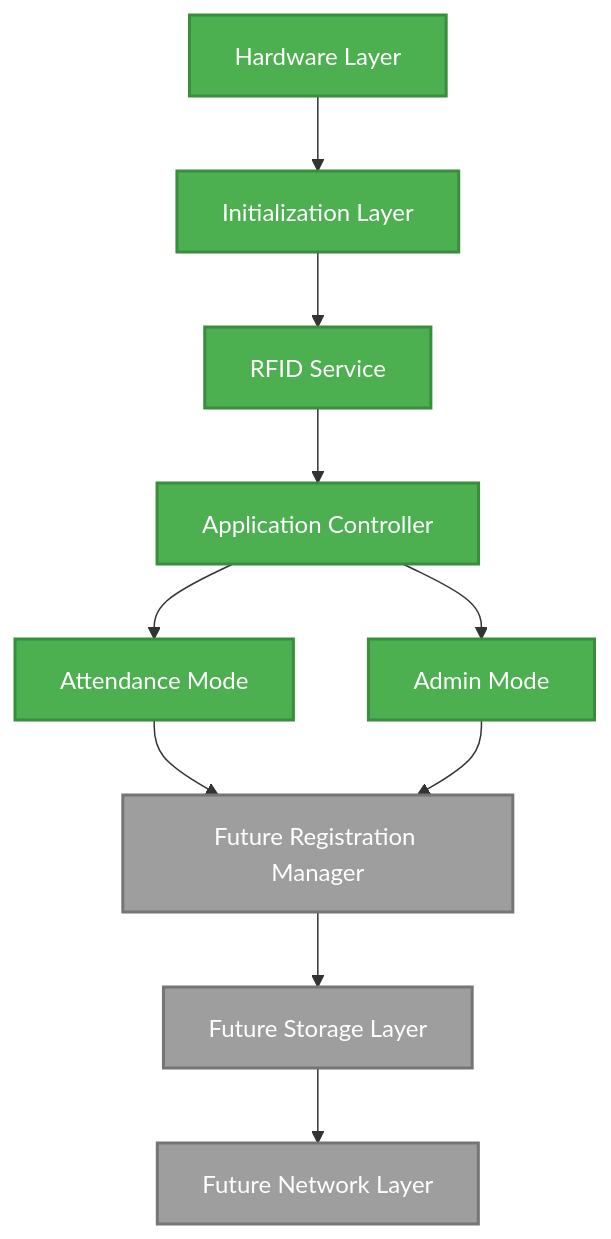
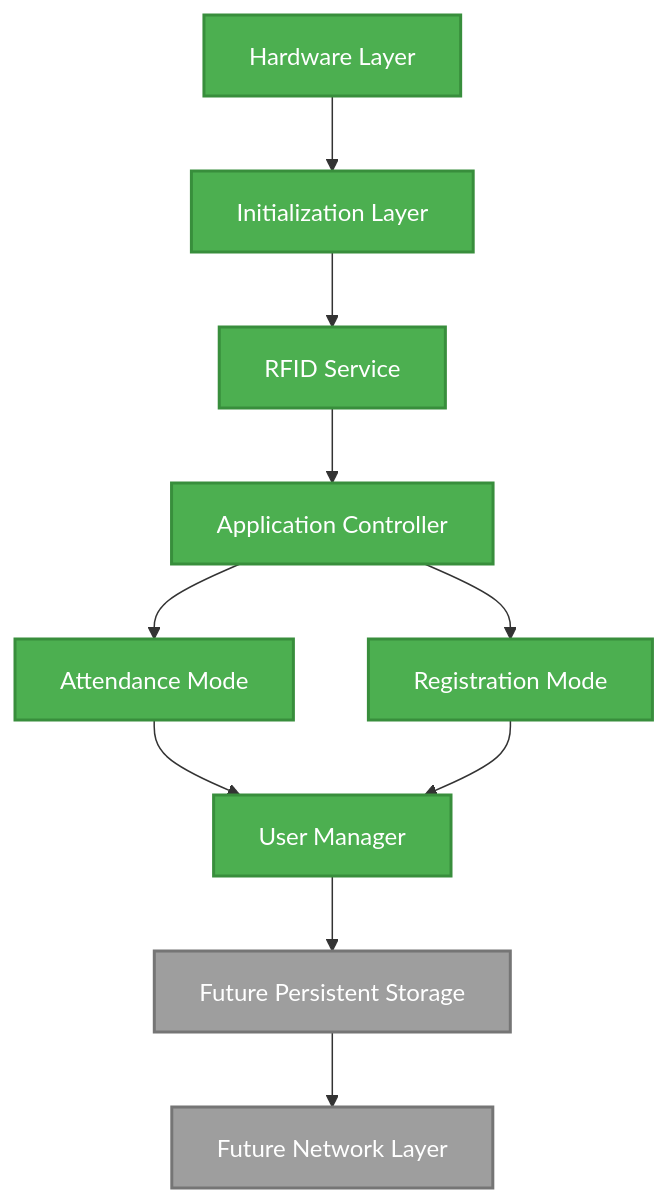
The diagram in README.md (Ayaan1911/ESP32-RFID-Attendance-System), drawn with Mermaid before and after one commit. The commit also changed other lines of this file and 3 other files, not shown here.

Commit message:
Implement dynamic user registration workflow

````diff
--- a/README.md
+++ b/README.md
@@ -55,22 +56,22 @@
 ```mermaid
 graph TD
     A[Hardware Layer] --> B[Initialization Layer]
     B --> C[RFID Service]
     C --> D[Application Controller]
     D --> E[Attendance Mode]
-    D --> F[Admin Mode]
-    E --> G[Future Registration Manager]
+    D --> F[Registration Mode]
+    E --> G[User Manager]
     F --> G
-    G --> H[Future Storage Layer]
+    G --> H[Future Persistent Storage]
     H --> I[Future Network Layer]
 
     style A fill:#4CAF50,stroke:#388E3C,stroke-width:2px,color:#fff
     style B fill:#4CAF50,stroke:#388E3C,stroke-width:2px,color:#fff
     style C fill:#4CAF50,stroke:#388E3C,stroke-width:2px,color:#fff
     style D fill:#4CAF50,stroke:#388E3C,stroke-width:2px,color:#fff
     style E fill:#4CAF50,stroke:#388E3C,stroke-width:2px,color:#fff
     style F fill:#4CAF50,stroke:#388E3C,stroke-width:2px,color:#fff
-    style G fill:#9E9E9E,stroke:#757575,stroke-width:2px,color:#fff
+    style G fill:#4CAF50,stroke:#388E3C,stroke-width:2px,color:#fff
     style H fill:#9E9E9E,stroke:#757575,stroke-width:2px,color:#fff
     style I fill:#9E9E9E,stroke:#757575,stroke-width:2px,color:#fff
 ```
````
